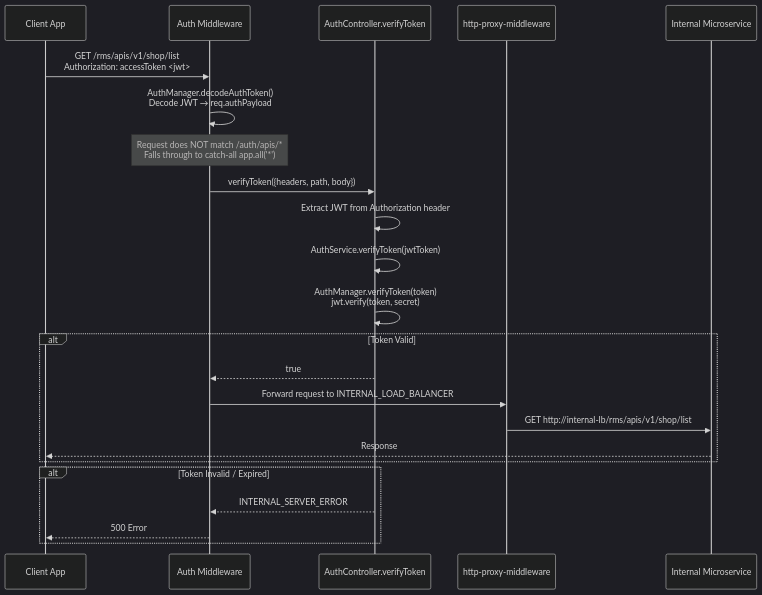
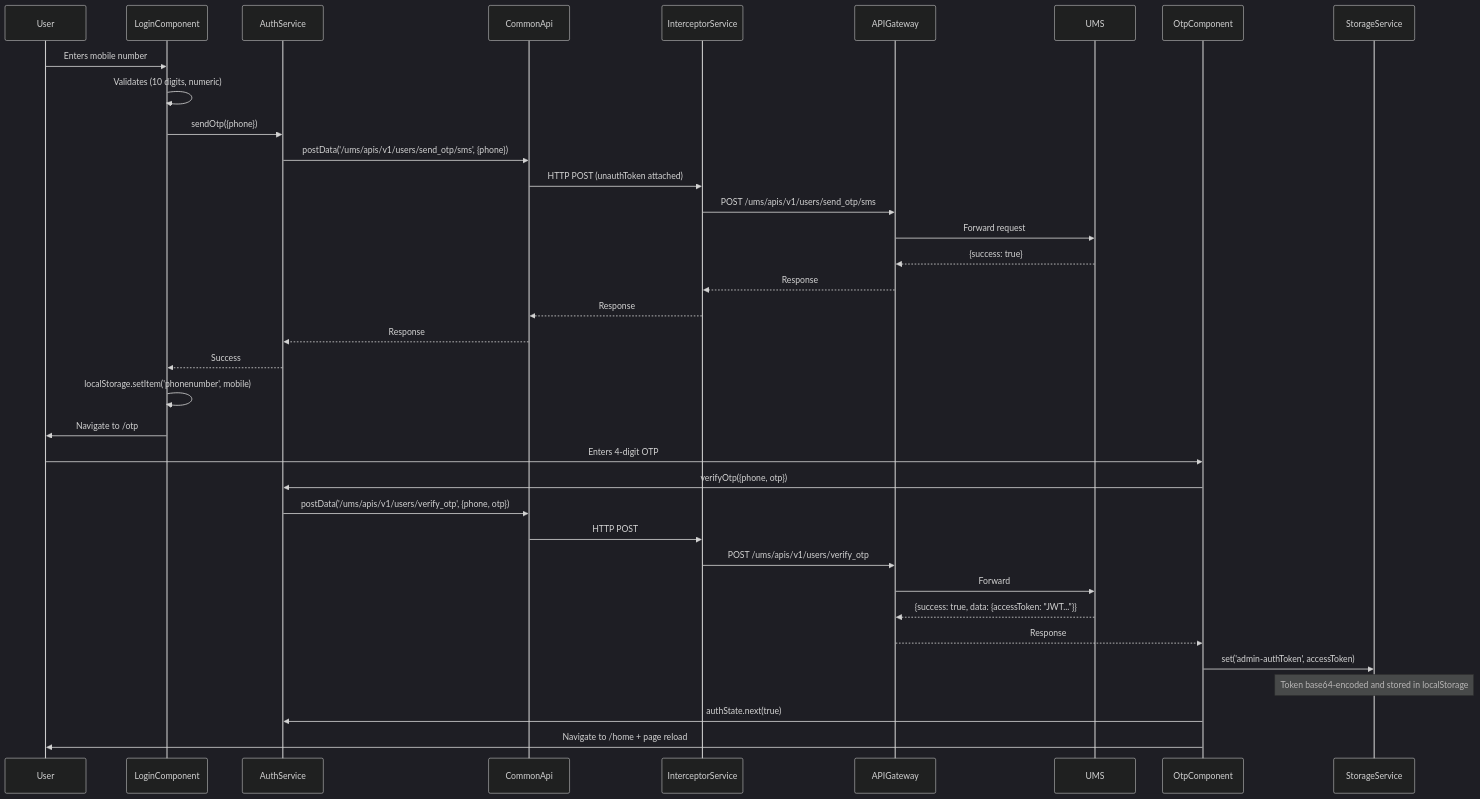
One commit to Omkar7840/eco changed the third of 9 diagrams in README.md. Above: the diagram before and after it, drawn with Mermaid (dark theme). The commit also changed other lines of this file, not shown here.

````diff
--- a/README.md
+++ b/README.md
@@ -283,31 +134,39 @@
 ```mermaid
 sequenceDiagram
-    participant Client as Client App
-    participant MW as Auth Middleware
-    participant Verifier as AuthController.verifyToken
-    participant Proxy as http-proxy-middleware
-    participant Backend as Internal Microservice
+    participant User
+    participant LoginComponent
+    participant AuthService
+    participant CommonApi
+    participant InterceptorService
+    participant APIGateway
+    participant UMS
 
-    Client->>MW: GET /rms/apis/v1/shop/list<br/>Authorization: accessToken <jwt>
+    User->>LoginComponent: Enters mobile number
+    LoginComponent->>LoginComponent: Validates (10 digits, numeric)
+    LoginComponent->>AuthService: sendOtp({phone})
+    AuthService->>CommonApi: postData('/ums/apis/v1/users/send_otp/sms', {phone})
+    CommonApi->>InterceptorService: HTTP POST (unauthToken attached)
+    InterceptorService->>APIGateway: POST /ums/apis/v1/users/send_otp/sms
+    APIGateway->>UMS: Forward request
+    UMS-->>APIGateway: {success: true}
+    APIGateway-->>InterceptorService: Response
+    InterceptorService-->>CommonApi: Response
+    CommonApi-->>AuthService: Response
+    AuthService-->>LoginComponent: Success
+    LoginComponent->>LoginComponent: localStorage.setItem('phonenumber', mobile)
+    LoginComponent->>User: Navigate to /otp
 
-    MW->>MW: AuthManager.decodeAuthToken()<br/>Decode JWT → req.authPayload
+    User->>OtpComponent: Enters 4-digit OTP
+    OtpComponent->>AuthService: verifyOtp({phone, otp})
+    AuthService->>CommonApi: postData('/ums/apis/v1/users/verify_otp', {phone, otp})
+    CommonApi->>InterceptorService: HTTP POST
+    InterceptorService->>APIGateway: POST /ums/apis/v1/users/verify_otp
+    APIGateway->>UMS: Forward
+    UMS-->>APIGateway: {success: true, data: {accessToken: "JWT..."}}
+    APIGateway-->>OtpComponent: Response
 
-    Note over MW: Request does NOT match /auth/apis/*<br/>Falls through to catch-all app.all('*')
-
-    MW->>Verifier: verifyToken({headers, path, body})
-    Verifier->>Verifier: Extract JWT from Authorization header
-    Verifier->>Verifier: AuthService.verifyToken(jwtToken)
-    Verifier->>Verifier: AuthManager.verifyToken(token)<br/>jwt.verify(token, secret)
-
-    alt Token Valid
-        Verifier-->>MW: true
-        MW->>Proxy: Forward request to INTERNAL_LOAD_BALANCER
-        Proxy->>Backend: GET http://internal-lb/rms/apis/v1/shop/list
-        Backend-->>Client: Response
-    end
-
-    alt Token Invalid / Expired
-        Verifier-->>MW: INTERNAL_SERVER_ERROR
-        MW-->>Client: 500 Error
-    end
+    OtpComponent->>StorageService: set('admin-authToken', accessToken)
+    Note over StorageService: Token base64-encoded and stored in localStorage
+    OtpComponent->>AuthService: authState.next(true)
+    OtpComponent->>User: Navigate to /home + page reload
 ```
````
